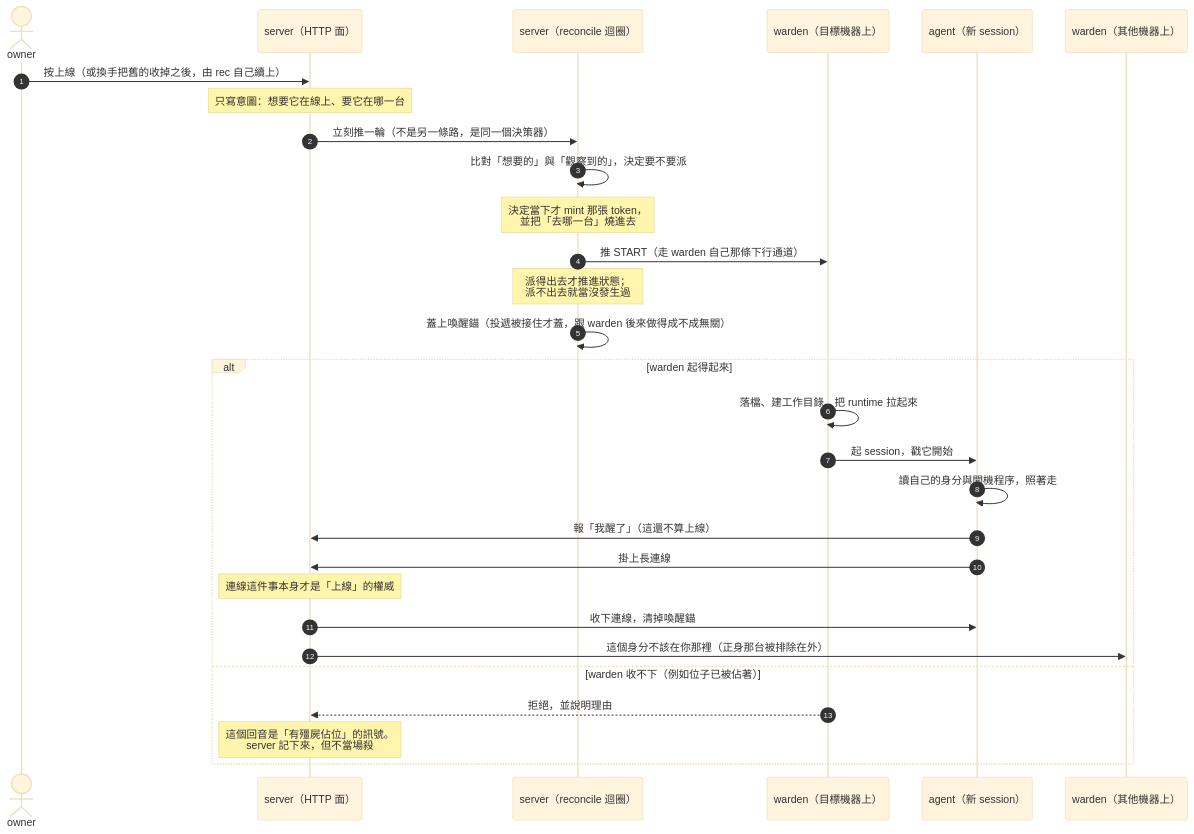
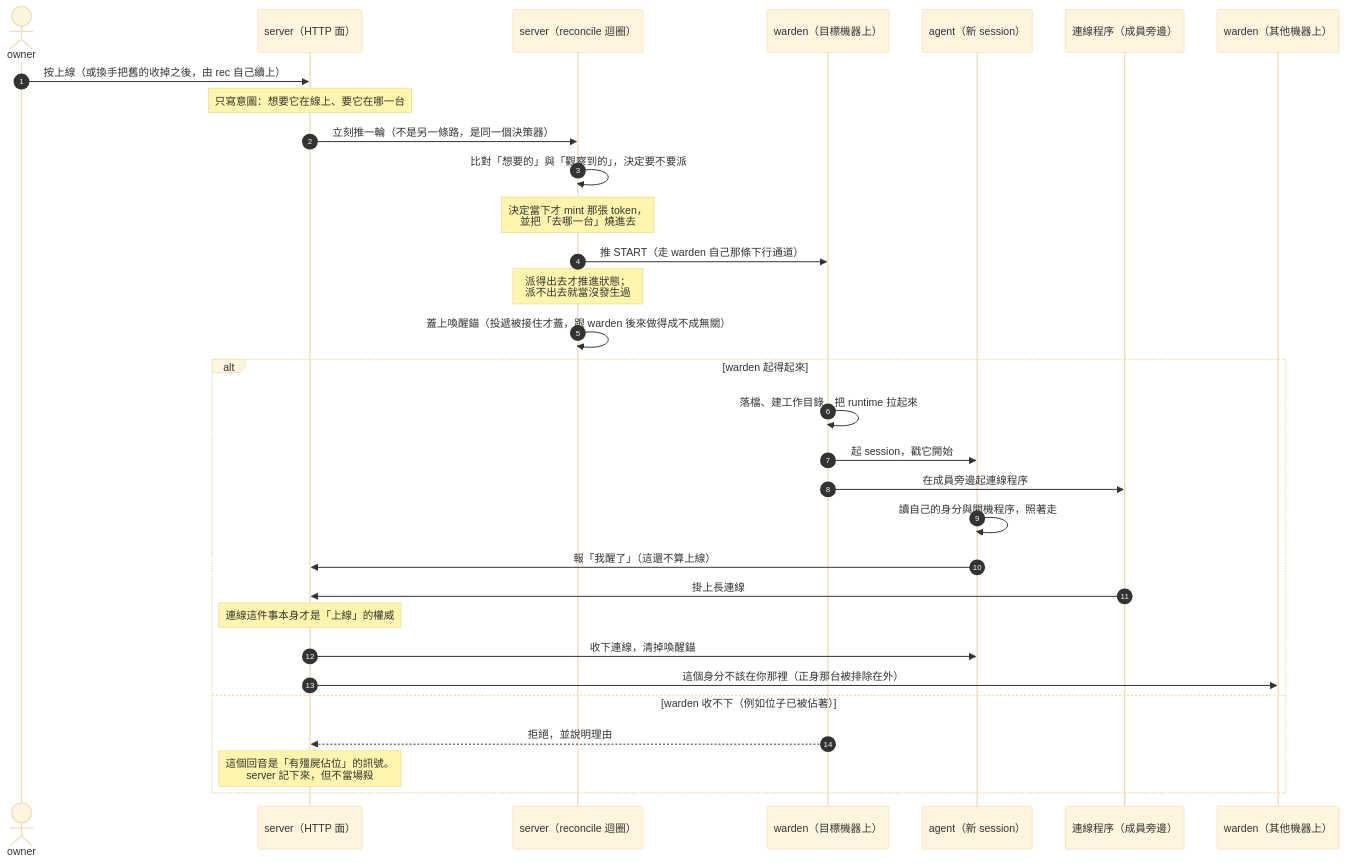
Before and after one commit to pkyosx/OffiCraft: the diagram in docs/design/wake-flow.md, drawn with Mermaid (base theme). The commit also changed other lines of this file and 42 other files, not shown here.

````diff
--- a/docs/design/wake-flow.md
+++ b/docs/design/wake-flow.md
@@ -35,35 +35,37 @@
 ```mermaid
 sequenceDiagram
     autonumber
     actor owner as owner
     participant srv as server（HTTP 面）
     participant rec as server（reconcile 迴圈）
     participant w as warden（目標機器上）
     participant agent as agent（新 session）
+    participant listener as 連線程序（成員旁邊）
     participant w2 as warden（其他機器上）
 
     owner->>srv: 按上線（或換手把舊的收掉之後，由 rec 自己續上）
     Note over srv: 只寫意圖：想要它在線上、要它在哪一台
     srv->>rec: 立刻推一輪（不是另一條路，是同一個決策器）
 
     rec->>rec: 比對「想要的」與「觀察到的」，決定要不要派
     Note over rec: 決定當下才 mint 那張 token，<br/>並把「去哪一台」燒進去
 
     rec->>w: 推 START（走 warden 自己那條下行通道）
     Note over rec: 派得出去才推進狀態；<br/>派不出去就當沒發生過
     rec->>rec: 蓋上喚醒錨（投遞被接住才蓋，跟 warden 後來做得成不成無關）
 
     alt warden 起得起來
         w->>w: 落檔、建工作目錄、把 runtime 拉起來
         w->>agent: 起 session，戳它開始
+        w->>listener: 在成員旁邊起連線程序
         agent->>agent: 讀自己的身分與開機程序，照著走
         agent->>srv: 報「我醒了」（這還不算上線）
-        agent->>srv: 掛上長連線
+        listener->>srv: 掛上長連線
         Note over srv: 連線這件事本身才是「上線」的權威
         srv->>agent: 收下連線，清掉喚醒錨
         srv->>w2: 這個身分不該在你那裡（正身那台被排除在外）
     else warden 收不下（例如位子已被佔著）
         w-->>srv: 拒絕，並說明理由
         Note over srv: 這個回音是「有殭屍佔位」的訊號。<br/>server 記下來，但不當場殺
     end
 ```
````
